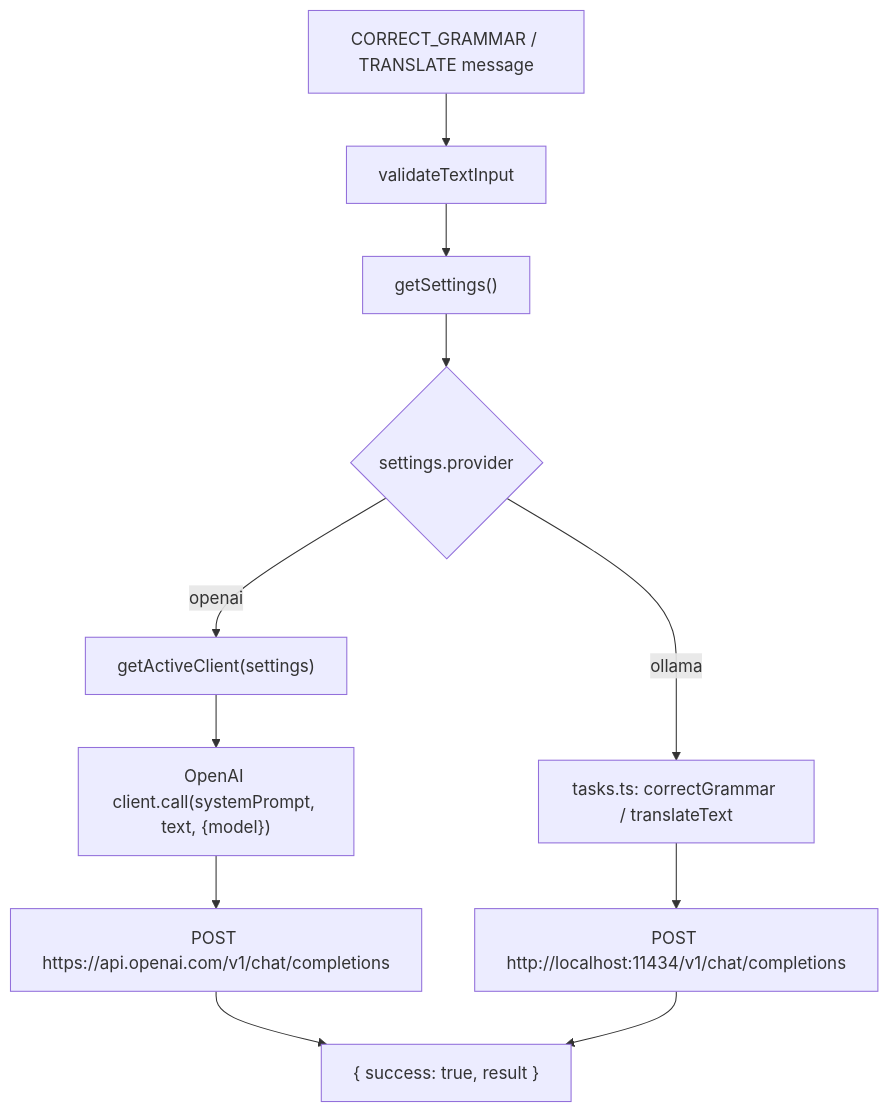
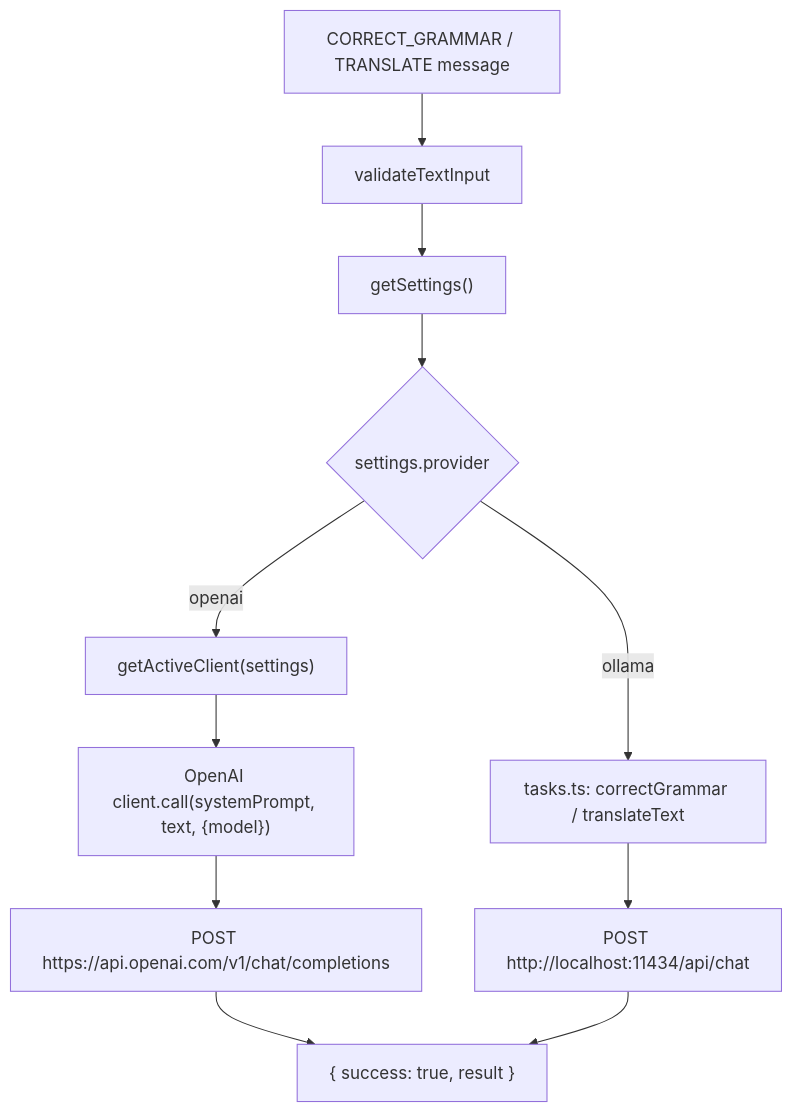
Before and after one commit to lucianhanga/chrome.extension.ai.correct.translate.reformulate: the seventh of 7 diagrams in docs/architecture.md, drawn with Mermaid. The commit also changed other lines of this file and 1 other file, not shown here.

First line of the commit message:
docs: truth-up architecture.md to v1.7.0 and fix security checklist (#52)

````diff
--- a/docs/architecture.md
+++ b/docs/architecture.md
@@ -1558,13 +1587,13 @@
 ```mermaid
 graph TD
     Req["CORRECT_GRAMMAR / TRANSLATE message"] --> Val["validateTextInput"]
     Val --> GS["getSettings()"]
     GS --> P{"settings.provider"}
     P -->|"openai"| F["getActiveClient(settings)"]
     F --> OC["OpenAI client.call(systemPrompt, text, {model})"]
     OC --> OAPI["POST https://api.openai.com/v1/chat/completions"]
     P -->|"ollama"| T["tasks.ts: correctGrammar / translateText"]
-    T --> OLAPI["POST http://localhost:11434/v1/chat/completions"]
+    T --> OLAPI["POST http://localhost:11434/api/chat"]
     OAPI --> Resp["{ success: true, result }"]
     OLAPI --> Resp
 ```
````
